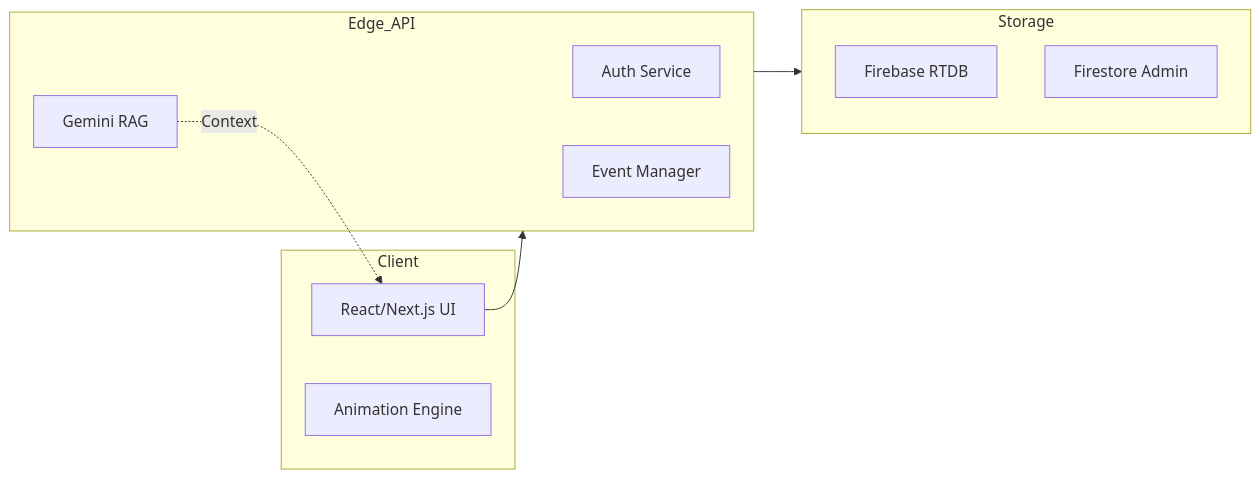
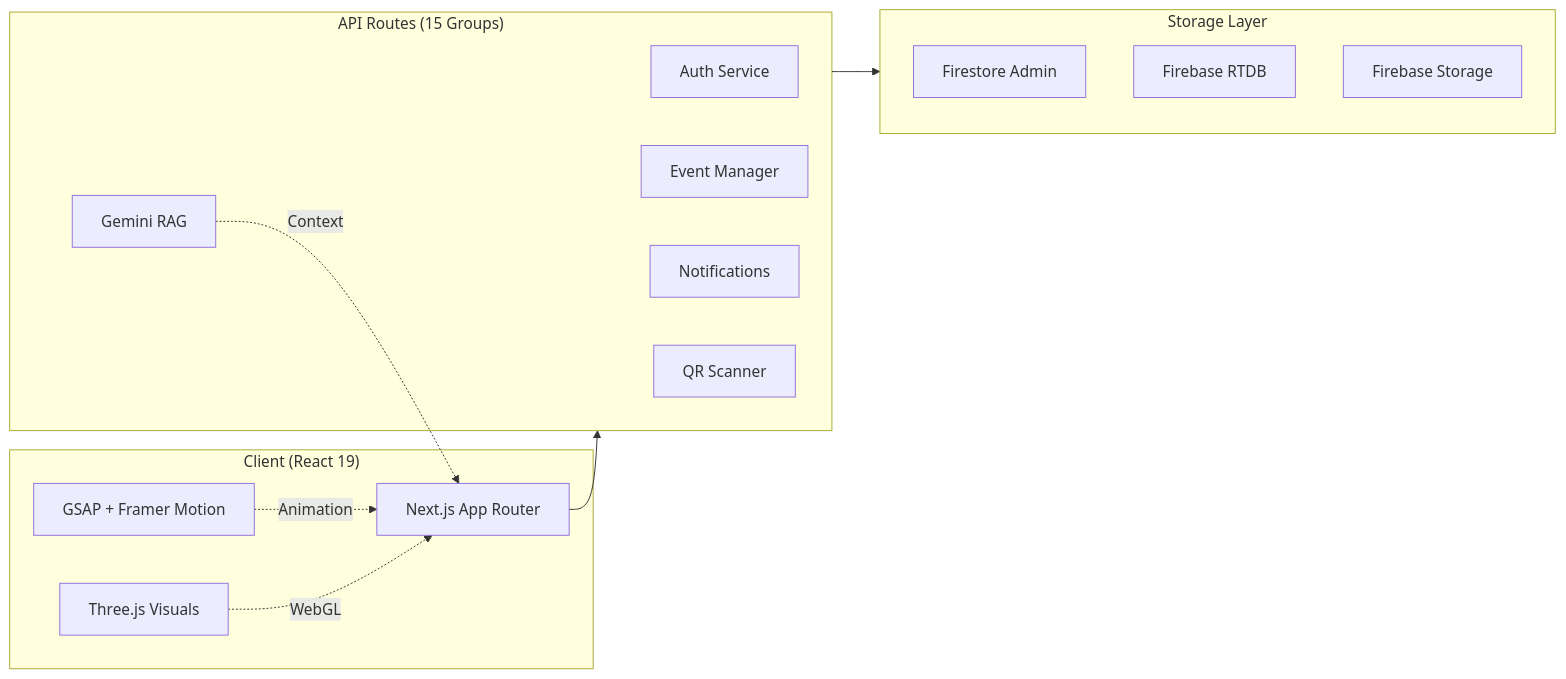
Before and after one commit to Cyberclutch146/W.Y.A: the diagram in README.md, drawn with Mermaid. The commit also changed other lines of this file and 2 other files, not shown here.

Commit message:
updated documentation with updated roadmap

````diff
--- a/README.md
+++ b/README.md
@@ -49,20 +69,26 @@
 ```mermaid
 graph LR
-    subgraph Client
-        UI[React/Next.js UI]
-        GSAP[Animation Engine]
+    subgraph Client["Client (React 19)"]
+        UI[Next.js App Router]
+        GSAP[GSAP + Framer Motion]
+        THREE[Three.js Visuals]
     end
-    subgraph Edge_API
+    subgraph Edge["API Routes (15 Groups)"]
         OTP[Auth Service]
         RAG[Gemini RAG]
         EV[Event Manager]
+        NOTIFY[Notifications]
+        SCAN[QR Scanner]
     end
-    subgraph Storage
-        FB[Firebase RTDB]
+    subgraph Storage["Storage Layer"]
         FS[Firestore Admin]
+        RTDB[Firebase RTDB]
+        STORE[Firebase Storage]
     end
 
-    UI --> Edge_API
-    Edge_API --> Storage
+    UI --> Edge
+    Edge --> Storage
     RAG -.->|Context| UI
+    GSAP -.->|Animation| UI
+    THREE -.->|WebGL| UI
 ```
````
